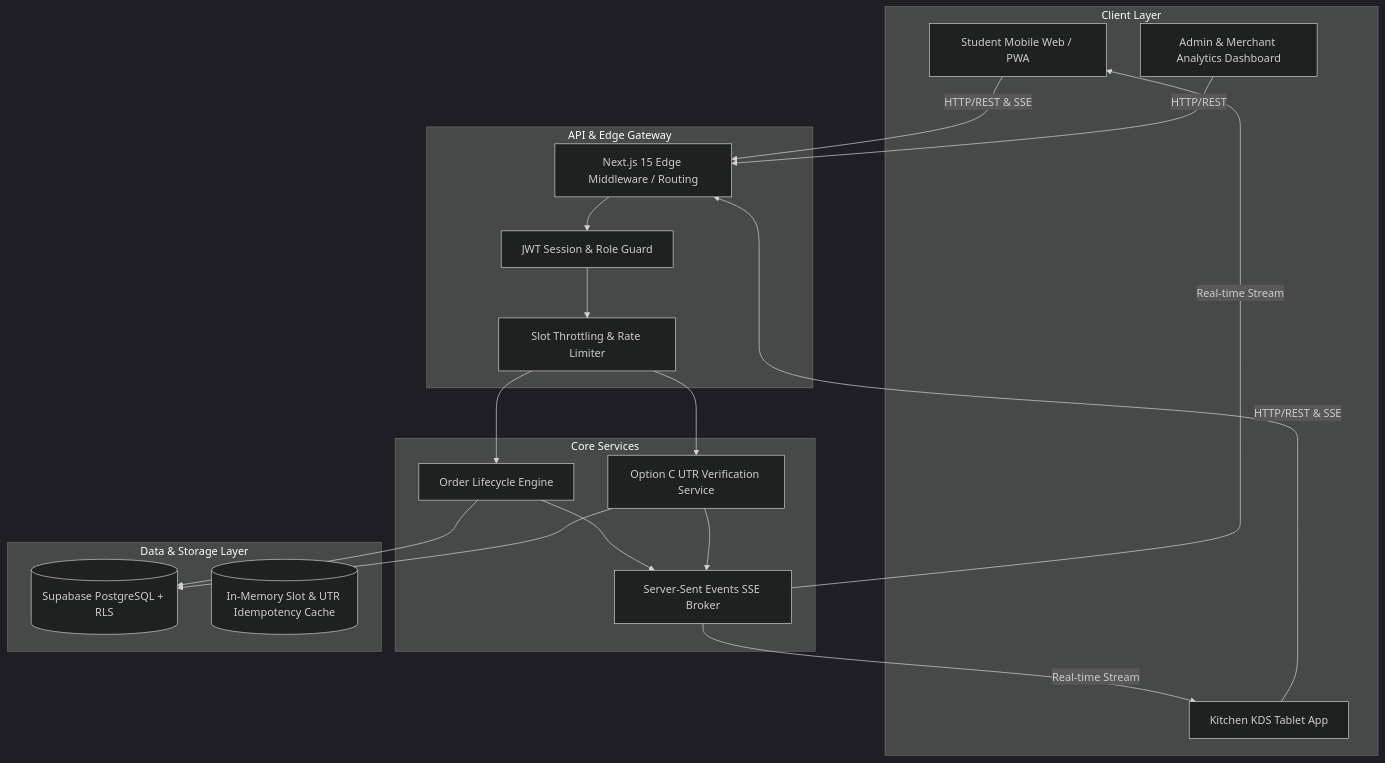
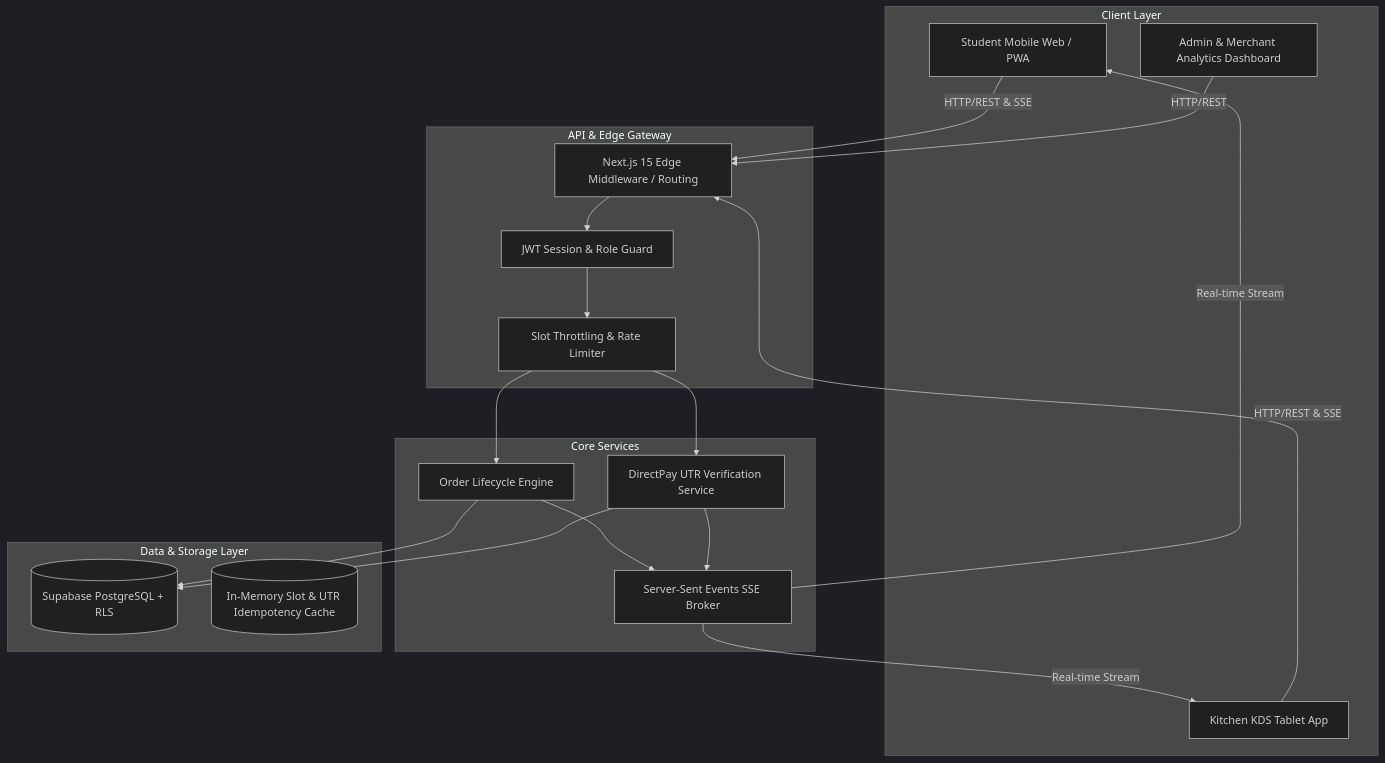
One commit to dakrkakashi/FoodLine-Campus changed the first of 2 diagrams in FoodLine_Design_Doc.md. Above: the diagram before and after it, drawn with Mermaid (dark theme). The commit also changed other lines of this file and 758 other files, not shown here.

````diff
--- a/FoodLine_Design_Doc.md
+++ b/FoodLine_Design_Doc.md
@@ -11,42 +11,42 @@
 ```mermaid
 graph TD
     subgraph Client Layer
         S_App[Student Mobile Web / PWA]
         K_App[Kitchen KDS Tablet App]
         A_App[Admin & Merchant Analytics Dashboard]
     end
 
     subgraph API & Edge Gateway
         Edge[Next.js 15 Edge Middleware / Routing]
         Auth[JWT Session & Role Guard]
         Throttle[Slot Throttling & Rate Limiter]
     end
 
     subgraph Core Services
         OrderEngine[Order Lifecycle Engine]
-        PayEngine[Option C UTR Verification Service]
+        PayEngine[DirectPay UTR Verification Service]
         SSE_Hub[Server-Sent Events SSE Broker]
     end
 
     subgraph Data & Storage Layer
         DB[(Supabase PostgreSQL + RLS)]
         Cache[(In-Memory Slot & UTR Idempotency Cache)]
     end
 
     S_App -->|HTTP/REST & SSE| Edge
     K_App -->|HTTP/REST & SSE| Edge
     A_App -->|HTTP/REST| Edge
 
     Edge --> Auth
     Auth --> Throttle
     Throttle --> OrderEngine
     Throttle --> PayEngine
 
     OrderEngine --> DB
     PayEngine --> DB
     OrderEngine --> SSE_Hub
     PayEngine --> SSE_Hub
 
     SSE_Hub -->|Real-time Stream| S_App
     SSE_Hub -->|Real-time Stream| K_App
 ```
````
